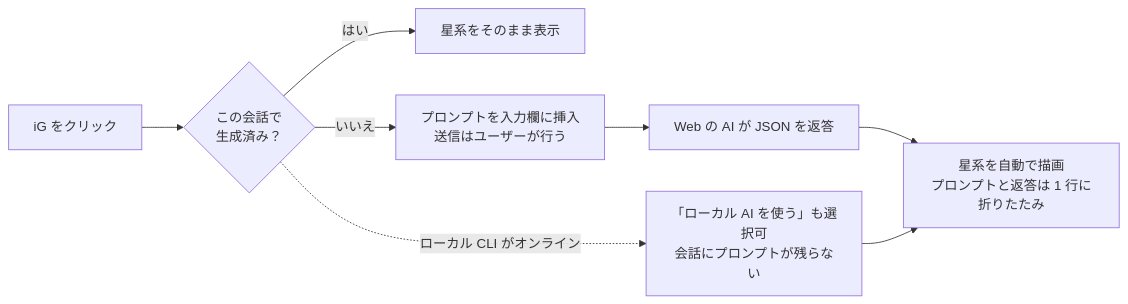
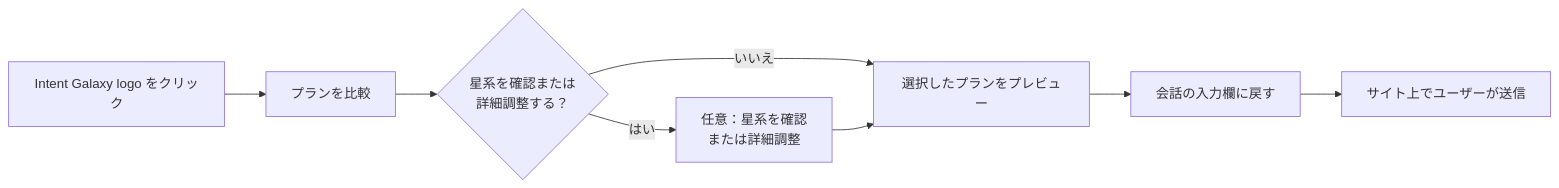
The fourth of 4 diagrams in README.ja.md (stephen-taipei/intent-galaxy), drawn with Mermaid before and after one commit. The commit also changed other lines of this file and 157 other files, not shown here.

````diff
--- a/README.ja.md
+++ b/README.ja.md
@@ -235,10 +237,10 @@
 ```mermaid
 flowchart LR
-    A["iG をクリック"] --> B{"この会話で<br/>生成済み？"}
-    B -- はい --> C["星系をそのまま表示"]
-    B -- いいえ --> D["プロンプトを入力欄に挿入<br/>送信はユーザーが行う"]
-    D --> E["Web の AI が JSON を返答"]
-    E --> F["星系を自動で描画<br/>プロンプトと返答は 1 行に折りたたみ"]
-    B -. ローカル CLI がオンライン .-> G["「ローカル AI を使う」も選択可<br/>会話にプロンプトが残らない"]
-    G --> F
+    A["Intent Galaxy logo をクリック"] --> B["プランを比較"]
+    B --> C{"星系を確認または<br/>詳細調整する？"}
+    C -- はい --> D["任意：星系を確認<br/>または詳細調整"]
+    C -- いいえ --> E["選択したプランをプレビュー"]
+    D --> E
+    E --> F["会話の入力欄に戻す"]
+    F --> G["サイト上でユーザーが送信"]
 ```
````
